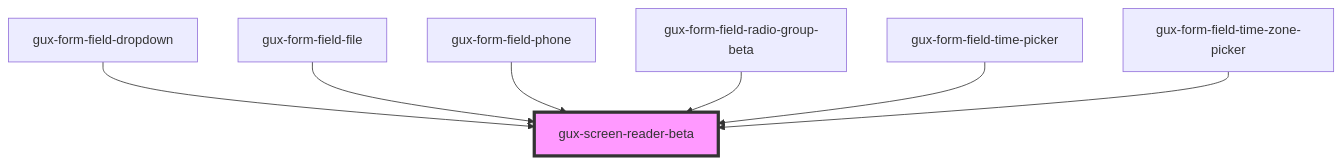
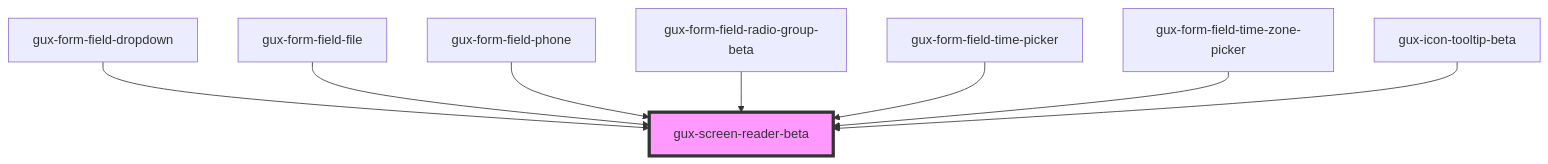
Before and after one commit to MyPureCloud/genesys-spark: the diagram in packages/genesys-spark-components/src/components/beta/gux-screen-reader/readme.md, drawn with Mermaid. The commit also changed other lines of this file and 106 other files, not shown here.

First line of the commit message:
feat(icon-tooltip): Add icon tooltip and label info for forms

````diff
--- a/packages/genesys-spark-components/src/components/beta/gux-screen-reader/readme.md
+++ b/packages/genesys-spark-components/src/components/beta/gux-screen-reader/readme.md
@@ -27,10 +28,11 @@
 ```mermaid
 graph TD;
   gux-form-field-dropdown --> gux-screen-reader-beta
   gux-form-field-file --> gux-screen-reader-beta
   gux-form-field-phone --> gux-screen-reader-beta
   gux-form-field-radio-group-beta --> gux-screen-reader-beta
   gux-form-field-time-picker --> gux-screen-reader-beta
   gux-form-field-time-zone-picker --> gux-screen-reader-beta
+  gux-icon-tooltip-beta --> gux-screen-reader-beta
   style gux-screen-reader-beta fill:#f9f,stroke:#333,stroke-width:4px
 ```
````
